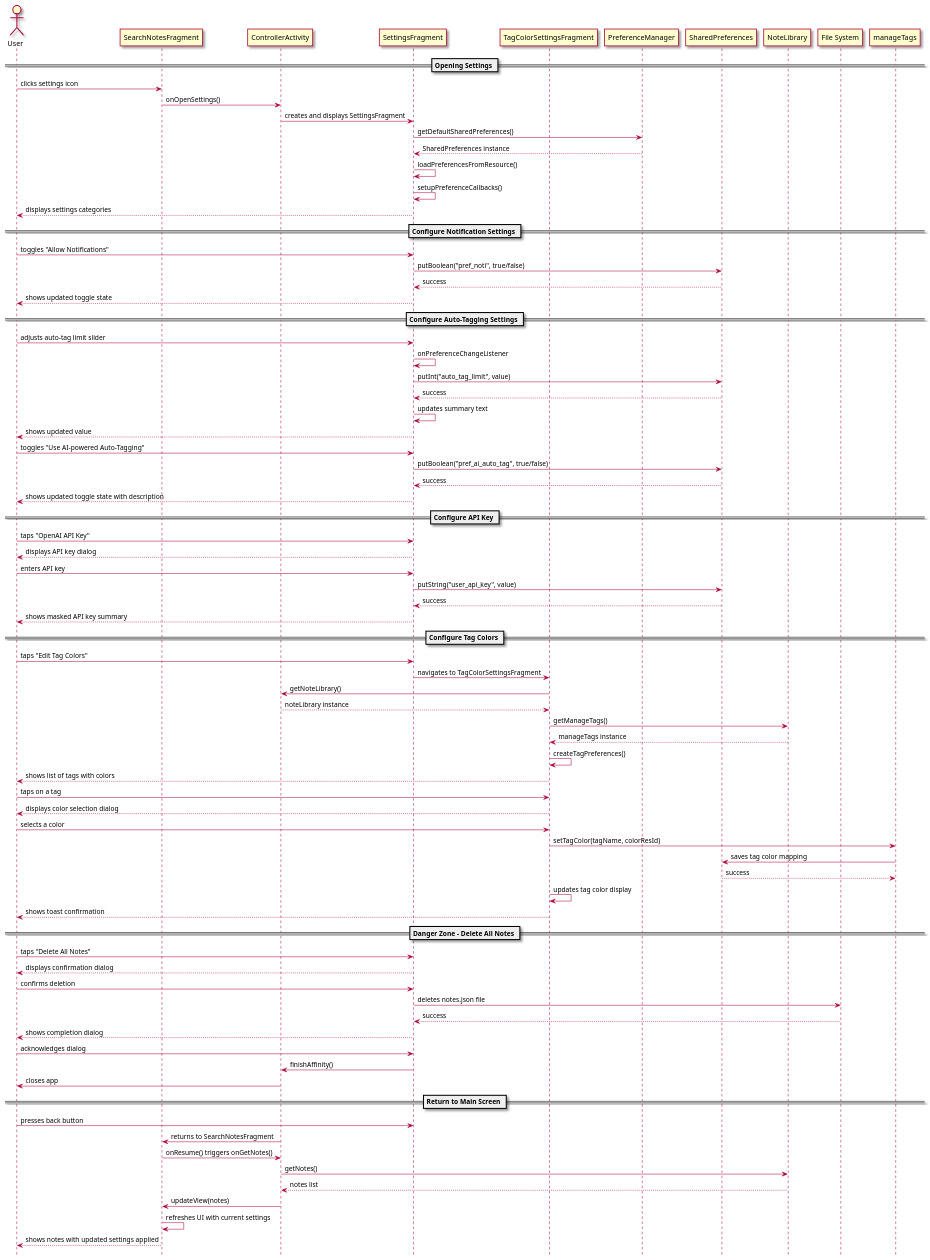
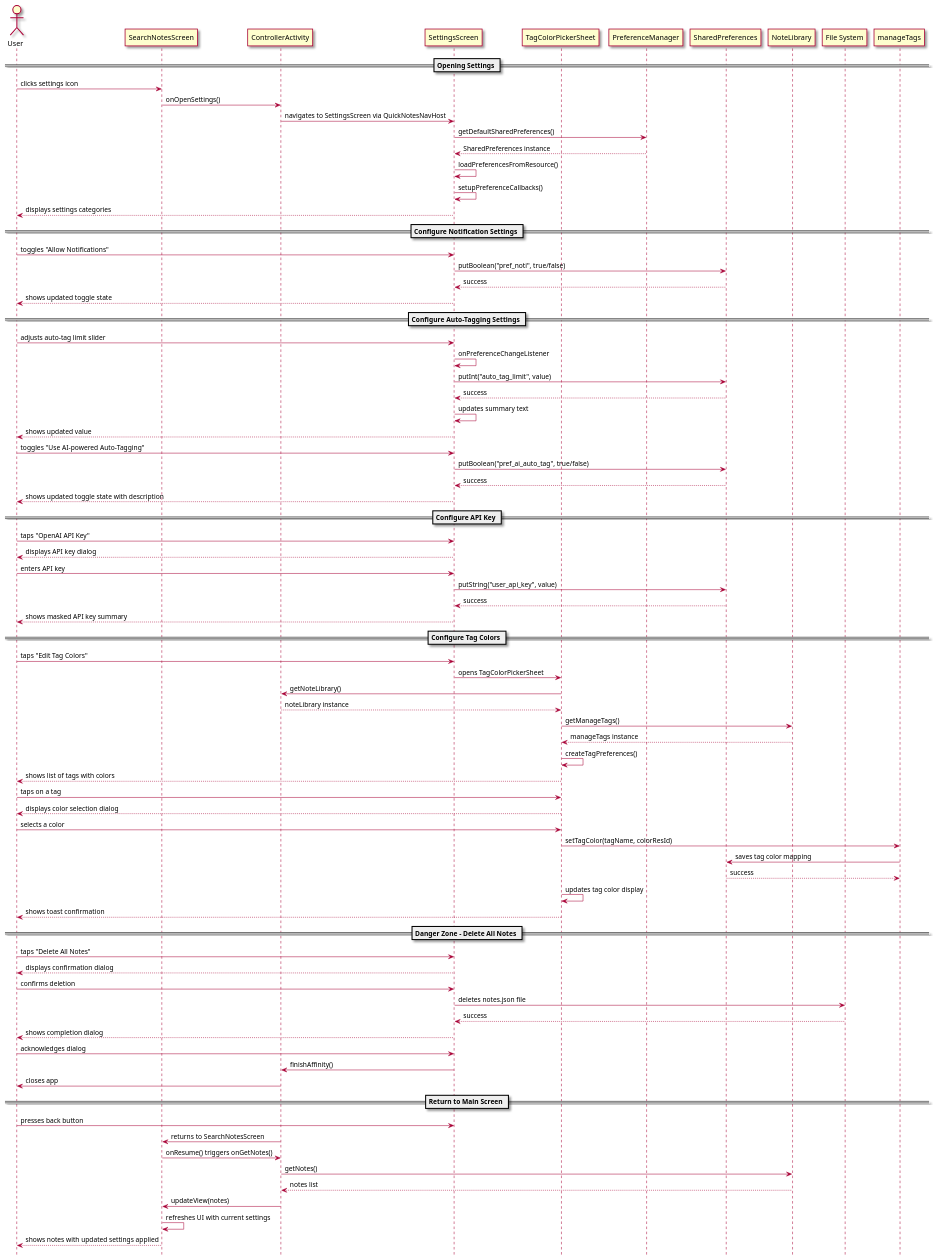
Before and after one commit to patricksmill/QuickNotes: the second of 2 diagrams in docs/architecture/use-cases/configureSettings.md, drawn with PlantUML. The commit also changed 26 other files, not shown here.

```diff
--- a/docs/architecture/use-cases/configureSettings.md
+++ b/docs/architecture/use-cases/configureSettings.md
@@ -84,10 +84,10 @@
 hide footbox
 skin rose
 actor User as user
-participant "SearchNotesFragment" as searchUI
+participant "SearchNotesScreen" as searchUI
 participant "ControllerActivity" as controller
-participant "SettingsFragment" as settingsUI
-participant "TagColorSettingsFragment" as tagColorUI
+participant "SettingsScreen" as settingsUI
+participant "TagColorPickerSheet" as tagColorUI
 participant "PreferenceManager" as prefManager
 participant "SharedPreferences" as sharedPrefs
 participant "NoteLibrary" as noteLibrary
@@ -96,7 +96,7 @@
 == Opening Settings ==
 user -> searchUI: clicks settings icon
 searchUI -> controller: onOpenSettings()
-controller -> settingsUI: creates and displays SettingsFragment
+controller -> settingsUI: navigates to SettingsScreen via QuickNotesNavHost
 settingsUI -> prefManager: getDefaultSharedPreferences()
 prefManager --> settingsUI: SharedPreferences instance
 settingsUI -> settingsUI: loadPreferencesFromResource()
@@ -132,7 +132,7 @@
 
 == Configure Tag Colors ==
 user -> settingsUI: taps "Edit Tag Colors"
-settingsUI -> tagColorUI: navigates to TagColorSettingsFragment
+settingsUI -> tagColorUI: opens TagColorPickerSheet
 tagColorUI -> controller: getNoteLibrary()
 controller --> tagColorUI: noteLibrary instance
 tagColorUI -> noteLibrary: getManageTags()
@@ -162,7 +162,7 @@
 
 == Return to Main Screen ==
 user -> settingsUI: presses back button
-controller -> searchUI: returns to SearchNotesFragment
+controller -> searchUI: returns to SearchNotesScreen
 searchUI -> controller: onResume() triggers onGetNotes()
 controller -> noteLibrary: getNotes()
 noteLibrary --> controller: notes list
```
